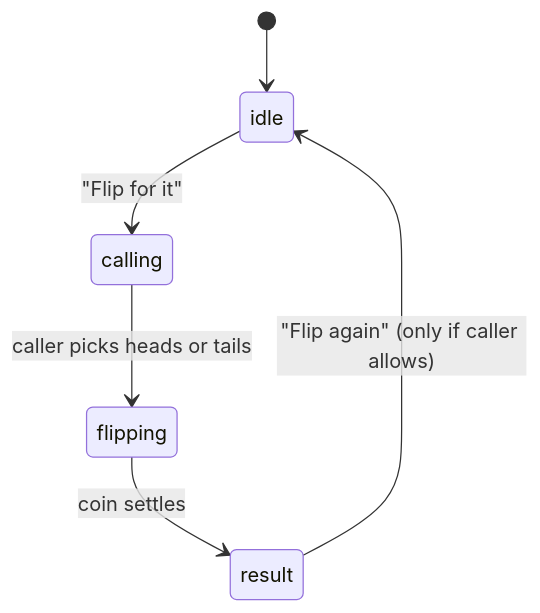
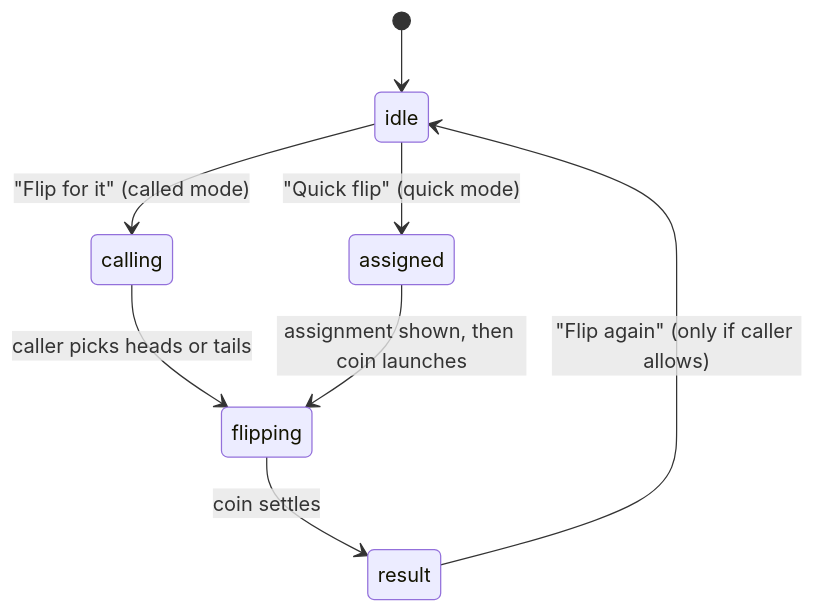
Before and after one commit to jacked-apps/rackem-leagues: the diagram in docs/plans/2026-09-08-001-feat-coin-flip-component-plan.md, drawn with Mermaid. The commit also changed other lines of this file and 2 other files, not shown here.

````diff
--- a/docs/plans/2026-09-08-001-feat-coin-flip-component-plan.md
+++ b/docs/plans/2026-09-08-001-feat-coin-flip-component-plan.md
@@ -137,8 +158,10 @@
 ```mermaid
 stateDiagram-v2
     [*] --> idle
-    idle --> calling: "Flip for it"
+    idle --> calling: "Flip for it" (called mode)
+    idle --> assigned: "Quick flip" (quick mode)
     calling --> flipping: caller picks heads or tails
+    assigned --> flipping: assignment shown, then coin launches
     flipping --> result: coin settles
     result --> idle: "Flip again" (only if caller allows)
 ```
````
